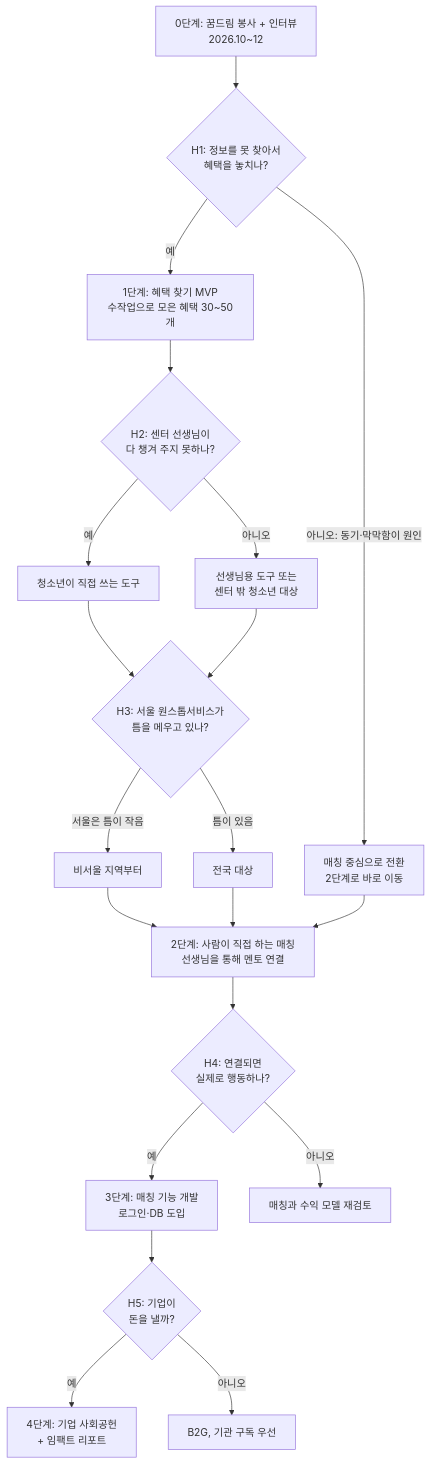
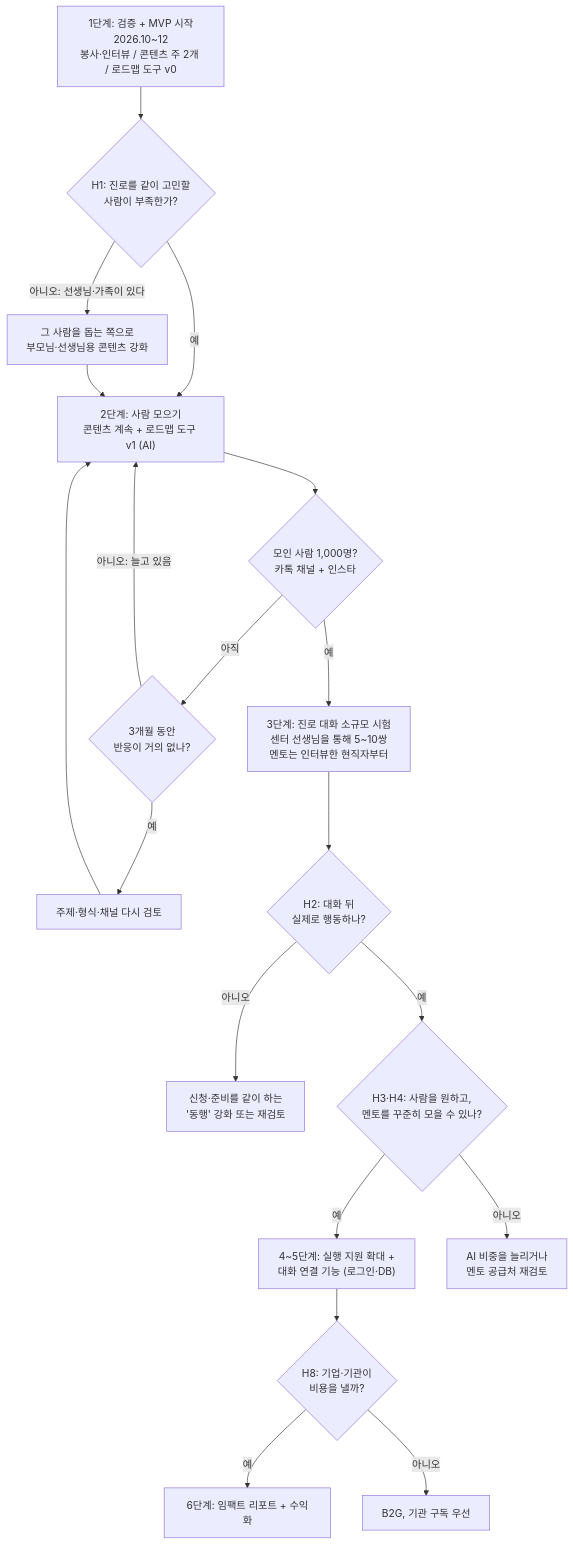
Before and after one commit to Sweet-Butters/youth-benefit-finder: the first of 3 diagrams in docs/roadmap.md, drawn with Mermaid. The commit also changed other lines of this file and 6 other files, not shown here.

First line of the commit message:
Redraw roadmap in Mermaid for the new direction and drop old images

````diff
--- a/docs/roadmap.md
+++ b/docs/roadmap.md
@@ -13,28 +10,26 @@
 ```mermaid
 flowchart TD
-    A["0단계: 꿈드림 봉사 + 인터뷰<br/>2026.10~12"] --> G1{"H1: 정보를 못 찾아서<br/>혜택을 놓치나?"}
+    A["1단계: 검증 + MVP 시작<br/>2026.10~12<br/>봉사·인터뷰 / 콘텐츠 주 2개 / 로드맵 도구 v0"] --> G1{"H1: 진로를 같이 고민할<br/>사람이 부족한가?"}
 
-    G1 -- 예 --> B["1단계: 혜택 찾기 MVP<br/>수작업으로 모은 혜택 30~50개"]
-    G1 -- "아니오: 동기·막막함이 원인" --> M["매칭 중심으로 전환<br/>2단계로 바로 이동"]
+    G1 -- 예 --> B["2단계: 사람 모으기<br/>콘텐츠 계속 + 로드맵 도구 v1 (AI)"]
+    G1 -- "아니오: 선생님·가족이 있다" --> B1["그 사람을 돕는 쪽으로<br/>부모님·선생님용 콘텐츠 강화"]
+    B1 --> B
 
-    B --> G2{"H2: 센터 선생님이<br/>다 챙겨 주지 못하나?"}
-    G2 -- 예 --> B2["청소년이 직접 쓰는 도구"]
-    G2 -- "아니오" --> B3["선생님용 도구 또는<br/>센터 밖 청소년 대상"]
+    B --> G2{"모인 사람 1,000명?<br/>카톡 채널 + 인스타"}
+    G2 -- "아직" --> G2b{"3개월 동안<br/>반응이 거의 없나?"}
+    G2b -- 예 --> R["주제·형식·채널 다시 검토"]
+    G2b -- "아니오: 늘고 있음" --> B
+    R --> B
 
-    B2 --> G3{"H3: 서울 원스톱서비스가<br/>틈을 메우고 있나?"}
-    B3 --> G3
-    G3 -- "서울은 틈이 작음" --> R1["비서울 지역부터"]
-    G3 -- "틈이 있음" --> R2["전국 대상"]
+    G2 -- 예 --> C["3단계: 진로 대화 소규모 시험<br/>센터 선생님을 통해 5~10쌍<br/>멘토는 인터뷰한 현직자부터"]
 
-    R1 --> C["2단계: 사람이 직접 하는 매칭<br/>선생님을 통해 멘토 연결"]
-    R2 --> C
-    M --> C
+    C --> G3{"H2: 대화 뒤<br/>실제로 행동하나?"}
+    G3 -- "아니오" --> X["신청·준비를 같이 하는<br/>'동행' 강화 또는 재검토"]
+    G3 -- 예 --> G4{"H3·H4: 사람을 원하고,<br/>멘토를 꾸준히 모을 수 있나?"}
+    G4 -- 예 --> D["4~5단계: 실행 지원 확대 +<br/>대화 연결 기능 (로그인·DB)"]
+    G4 -- "아니오" --> Y["AI 비중을 늘리거나<br/>멘토 공급처 재검토"]
 
-    C --> G4{"H4: 연결되면<br/>실제로 행동하나?"}
-    G4 -- 예 --> D["3단계: 매칭 기능 개발<br/>로그인·DB 도입"]
-    G4 -- "아니오" --> X["매칭과 수익 모델 재검토"]
-
-    D --> G5{"H5: 기업이<br/>돈을 낼까?"}
-    G5 -- 예 --> E["4단계: 기업 사회공헌<br/>+ 임팩트 리포트"]
+    D --> G5{"H8: 기업·기관이<br/>비용을 낼까?"}
+    G5 -- 예 --> E["6단계: 임팩트 리포트 + 수익화"]
     G5 -- "아니오" --> F["B2G, 기관 구독 우선"]
 ```
````
